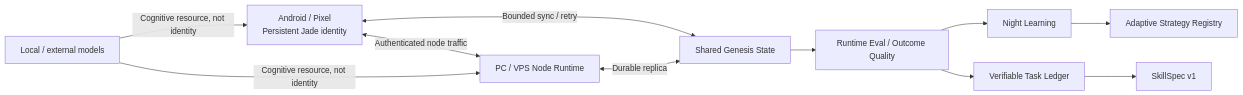
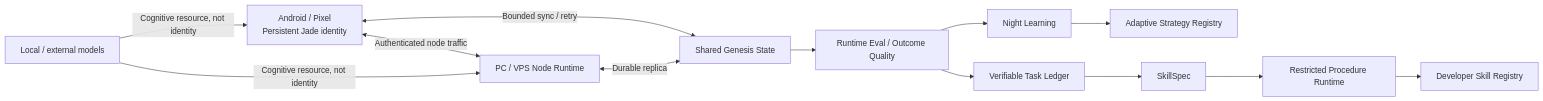
One commit to vadorus/Jade-genesis changed the diagram in README.md. Above: the diagram before and after it, drawn with Mermaid. The commit also changed other lines of this file and 16 other files, not shown here.

First line of the commit message:
Jade Genesis 0.1.20 — Restricted Procedure Runtime

````diff
--- a/README.md
+++ b/README.md
@@ -60,13 +63,15 @@
 ```mermaid
 flowchart LR
     A[Android / Pixel\nPersistent Jade identity] <-->|Authenticated node traffic| N[PC / VPS Node Runtime]
     A <-->|Bounded sync / retry| S[Shared Genesis State]
     N <-->|Durable replica| S
     S --> E[Runtime Eval / Outcome Quality]
     E --> L[Night Learning]
     L --> R[Adaptive Strategy Registry]
     E --> V[Verifiable Task Ledger]
-    V --> K[SkillSpec v1]
+    V --> K[SkillSpec]
+    K --> P[Restricted Procedure Runtime]
+    P --> G[Developer Skill Registry]
     M[Local / external models] -->|Cognitive resource, not identity| A
     M -->|Cognitive resource, not identity| N
 ```
````
